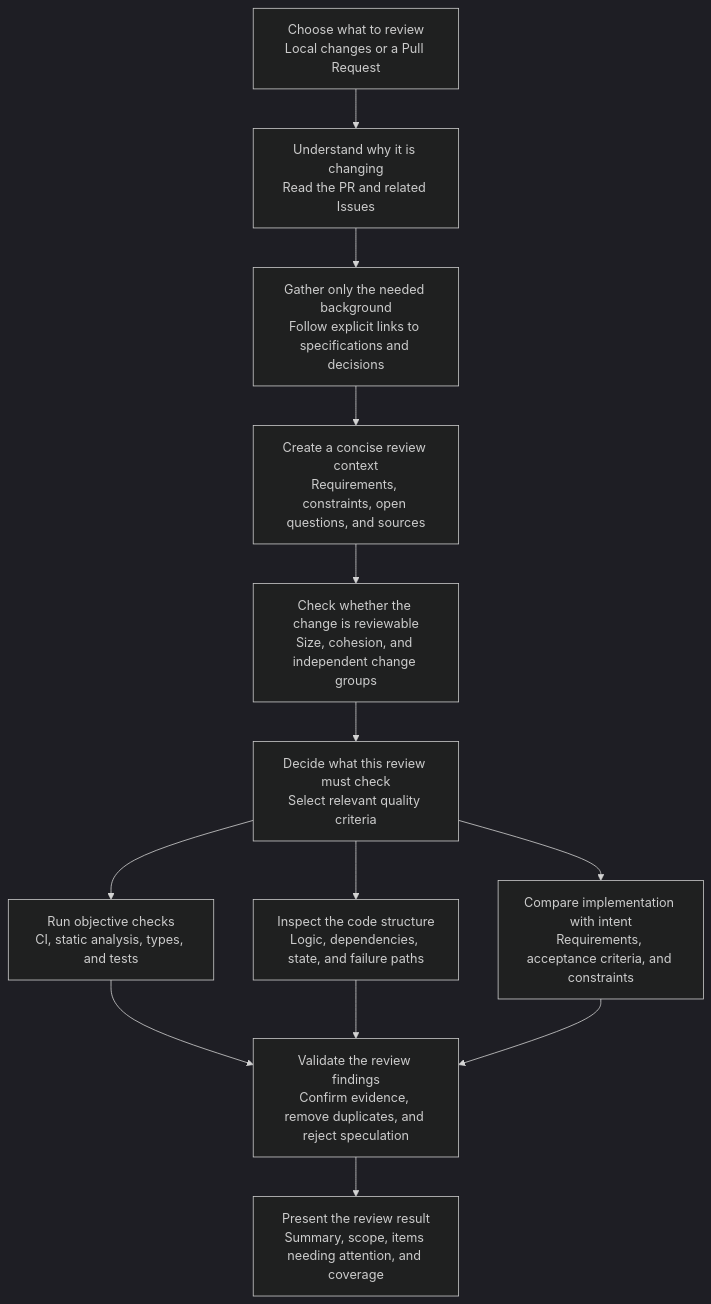
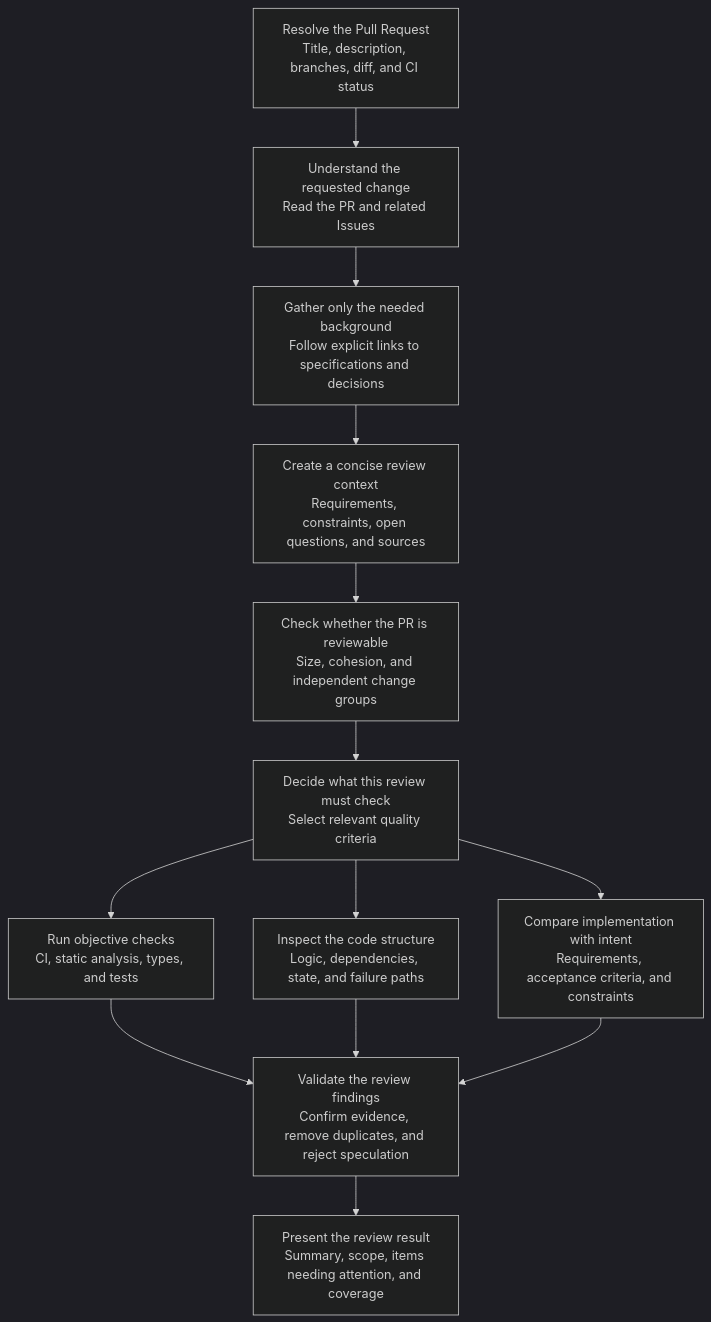
One commit to takuto-san/review changed the second of 2 diagrams in README.md. Above: the diagram before and after it, drawn with Mermaid (dark theme). The commit also changed other lines of this file and 20 other files, not shown here.

````diff
--- a/README.md
+++ b/README.md
@@ -19,17 +49,17 @@
 ```mermaid
 flowchart TD
-    A[Choose what to review<br/>Local changes or a Pull Request] --> B[Understand why it is changing<br/>Read the PR and related Issues]
+    A[Resolve the Pull Request<br/>Title, description, branches, diff, and CI status] --> B[Understand the requested change<br/>Read the PR and related Issues]
     B --> C[Gather only the needed background<br/>Follow explicit links to specifications and decisions]
     C --> D[Create a concise review context<br/>Requirements, constraints, open questions, and sources]
-    D --> E[Check whether the change is reviewable<br/>Size, cohesion, and independent change groups]
+    D --> E[Check whether the PR is reviewable<br/>Size, cohesion, and independent change groups]
     E --> F[Decide what this review must check<br/>Select relevant quality criteria]
 
     F --> G1[Run objective checks<br/>CI, static analysis, types, and tests]
     F --> G2[Inspect the code structure<br/>Logic, dependencies, state, and failure paths]
     F --> G3[Compare implementation with intent<br/>Requirements, acceptance criteria, and constraints]
 
     G1 --> H[Validate the review findings<br/>Confirm evidence, remove duplicates, and reject speculation]
     G2 --> H
     G3 --> H
     H --> I[Present the review result<br/>Summary, scope, items needing attention, and coverage]
 ```
````
